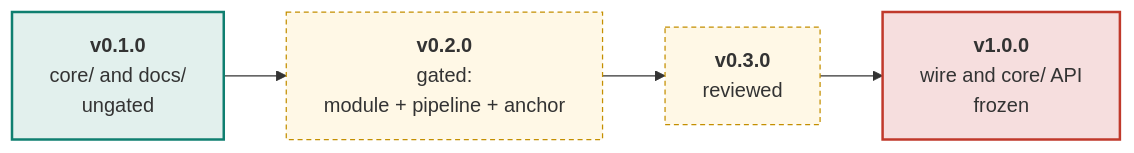
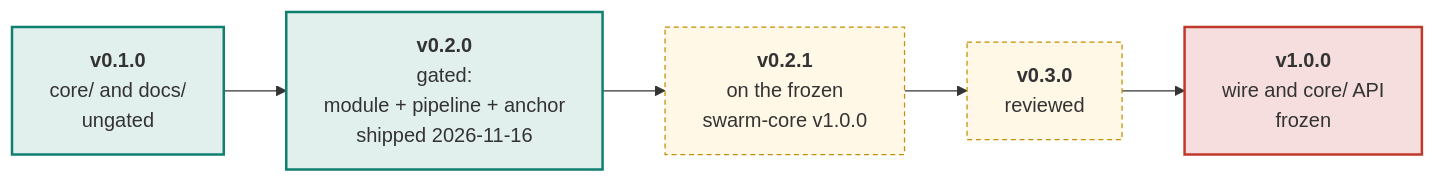
The first of 2 diagrams in docs/roadmap.md (swarm-routing/BeeAdHoc), drawn with Mermaid before and after one commit. The commit also changed other lines of this file and 1 other file, not shown here.

First paragraph of the commit message:
ci(release): an increment input, and the v0.2.1 ladder row on swarm-core v1.0.0 (#162)
## Summary

````diff
--- a/docs/roadmap.md
+++ b/docs/roadmap.md
@@ -31,14 +31,16 @@
 ```mermaid
 flowchart LR
     V01["<b>v0.1.0</b><br/>core/ and docs/<br/>ungated"]
-    V02["<b>v0.2.0</b><br/>gated:<br/>module + pipeline + anchor"]
+    V02["<b>v0.2.0</b><br/>gated:<br/>module + pipeline + anchor<br/>shipped 2026-11-16"]
+    V021["<b>v0.2.1</b><br/>on the frozen<br/>swarm-core v1.0.0"]
     V03["<b>v0.3.0</b><br/>reviewed"]
     V10["<b>v1.0.0</b><br/>wire and core/ API<br/>frozen"]
 
-    V01 --> V02 --> V03 --> V10
+    V01 --> V02 --> V021 --> V03 --> V10
 
     style V01 fill:#e2f0ed,stroke:#0f7f70,stroke-width:2px
-    style V02 fill:#fff8e6,stroke:#c48f00,stroke-dasharray:4 3
+    style V02 fill:#e2f0ed,stroke:#0f7f70,stroke-width:2px
+    style V021 fill:#fff8e6,stroke:#c48f00,stroke-dasharray:4 3
     style V03 fill:#fff8e6,stroke:#c48f00,stroke-dasharray:4 3
     style V10 fill:#f6dede,stroke:#c0392b,stroke-width:2px
 ```
````
